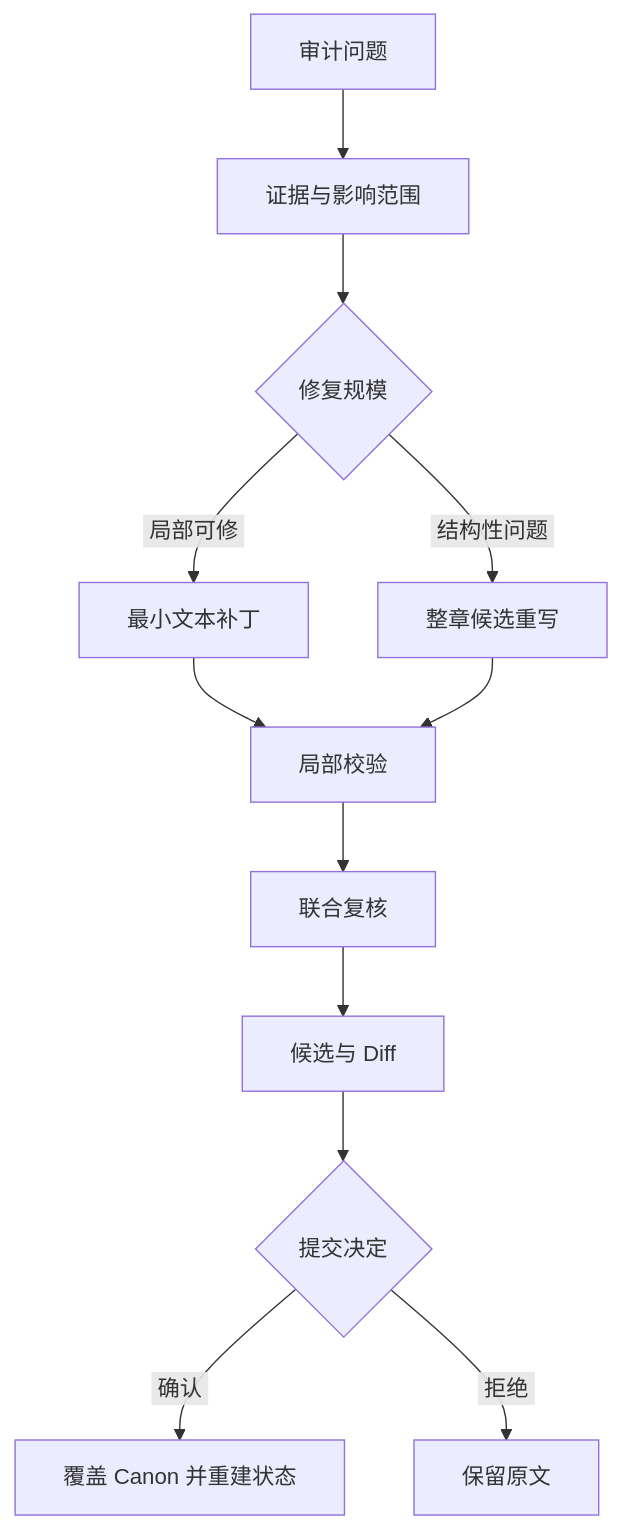
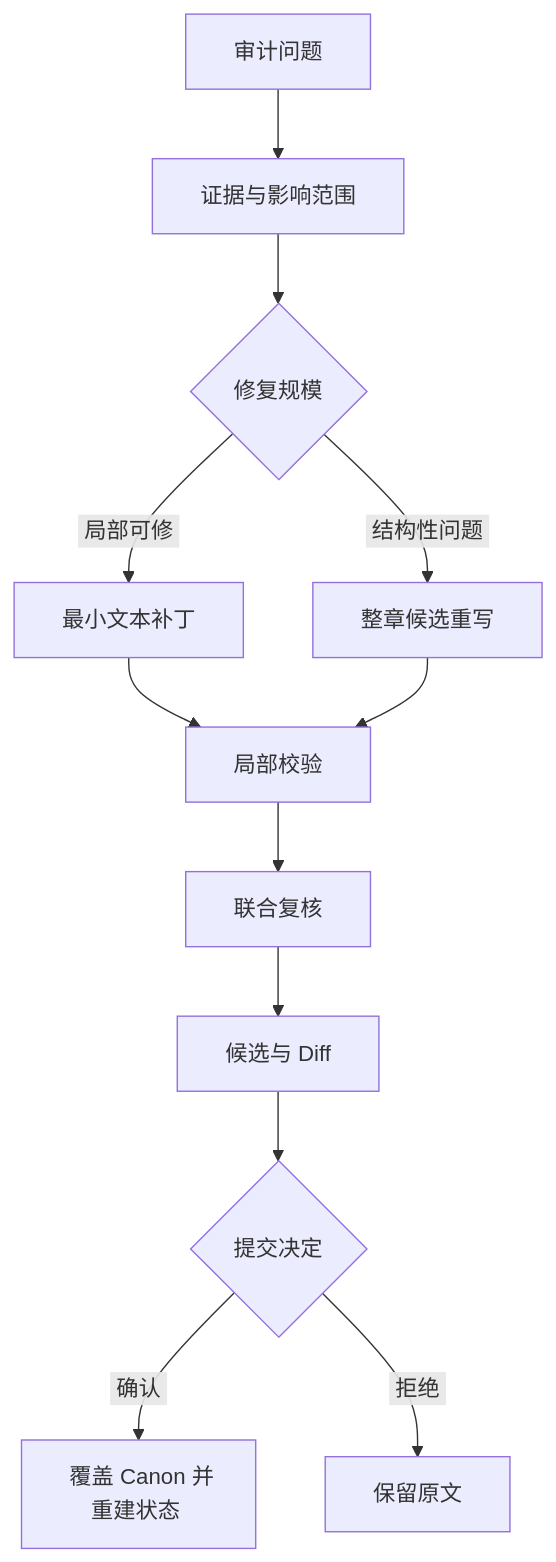
Before and after one commit to shjkea/NovelAgent: the third of 3 diagrams in README.md, drawn with Mermaid. The commit also changed other lines of this file and 1 other file, not shown here.

Commit message:
Fix Mermaid label clipping

````diff
--- a/README.md
+++ b/README.md
@@ -104,14 +104,14 @@
 ```mermaid
 flowchart TD
     A["&nbsp;审计问题&nbsp;"] --> B["&nbsp;证据与影响范围&nbsp;"]
     B --> C{"&nbsp;修复规模&nbsp;"}
     C -->|"&nbsp;局部可修&nbsp;"| D["&nbsp;最小文本补丁&nbsp;"]
     C -->|"&nbsp;结构性问题&nbsp;"| E["&nbsp;整章候选重写&nbsp;"]
     D --> F["&nbsp;局部校验&nbsp;"]
     E --> F
     F --> G["&nbsp;联合复核&nbsp;"]
     G --> H["&nbsp;候选与 Diff&nbsp;"]
     H --> I{"&nbsp;提交决定&nbsp;"}
-    I -->|"&nbsp;确认&nbsp;"| J["&nbsp;覆盖 Canon 并重建状态&nbsp;"]
+    I -->|"&nbsp;确认&nbsp;"| J["&nbsp;覆盖 Canon 并<br/>重建状态&nbsp;"]
     I -->|"&nbsp;拒绝&nbsp;"| K["&nbsp;保留原文&nbsp;"]
 ```
````
